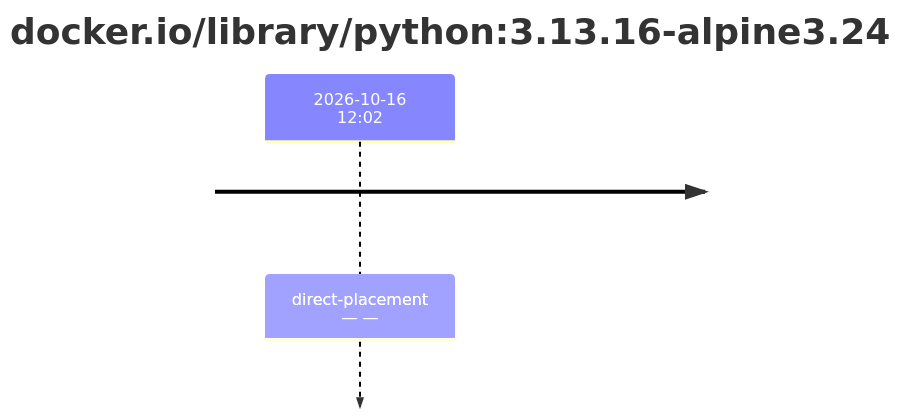
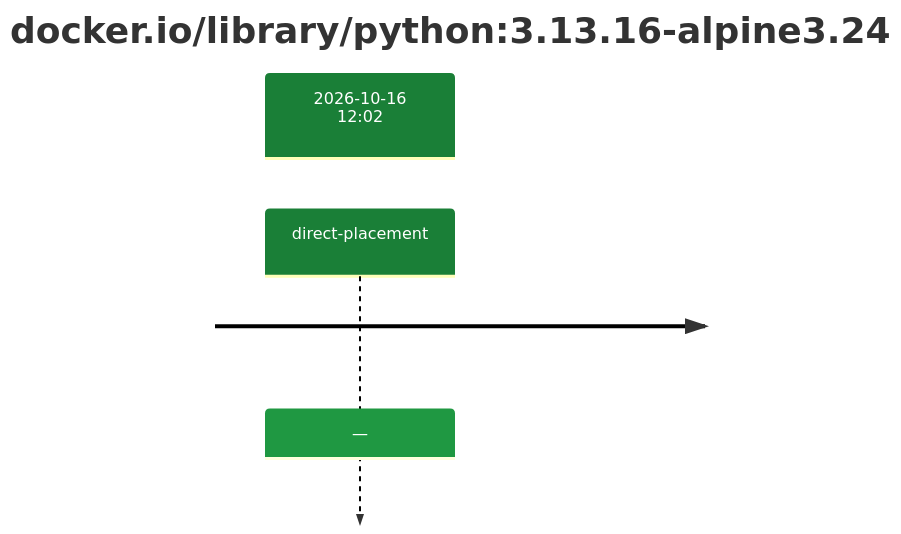
The first of 2 diagrams in results/reports/base-python-3/sha256:a0d5f0432f3392d2cf5153d7b30d1a2ed2890c973a31c9e827197c90e1ba9c9c.md (trivoallan/base-images), drawn with Mermaid before and after one commit. The commit also changed other lines of this file and 12 other files, not shown here.

````diff
--- a/results/reports/base-python-3/sha256:a0d5f0432f3392d2cf5153d7b30d1a2ed2890c973a31c9e827197c90e1ba9c9c.md
+++ b/results/reports/base-python-3/sha256:a0d5f0432f3392d2cf5153d7b30d1a2ed2890c973a31c9e827197c90e1ba9c9c.md
@@ -5,5 +5,7 @@
 ```mermaid
+%%{init: {"theme": "default", "themeVariables": {"cScale0": "#1a7f37", "cScaleLabel0": "#ffffff"}}}%%
 timeline
     title docker.io/library/python#58;3.13.16-alpine3.24
-    2026-10-16 12#58;02 : direct-placement — —
+    section 2026-10-16 12#58;02
+        direct-placement : —
 ```
````
